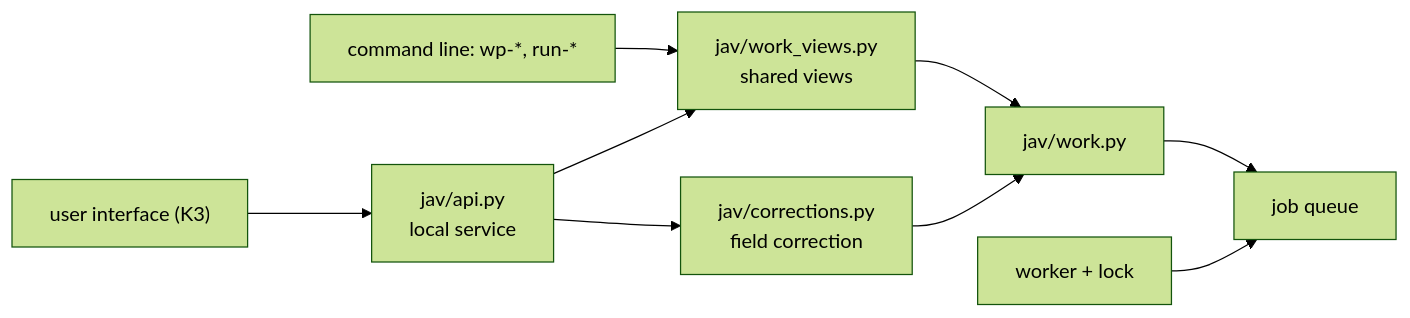
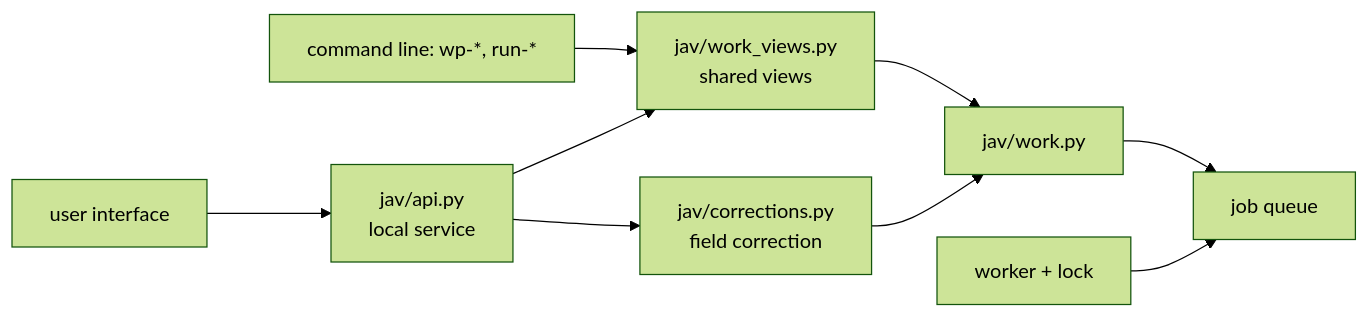
One commit to kassaiattila/58_JEV_AI changed the second of 4 diagrams in docs/ARCHITECTURE.md. Above: the diagram before and after it, drawn with Mermaid (forest theme). The commit also changed other lines of this file and 18 other files, not shown here.

````diff
--- a/docs/ARCHITECTURE.md
+++ b/docs/ARCHITECTURE.md
@@ -214,11 +202,11 @@
 ```mermaid
 flowchart LR
-  UI["user interface (K3)"] --> API[jav/api.py<br/>local service]
+  UI["user interface"] --> API[jav/api.py<br/>local service]
   CLI[command line: wp-*, run-*] --> VIEWS
   API --> VIEWS[jav/work_views.py<br/>shared views]
   API --> CORR[jav/corrections.py<br/>field correction]
   VIEWS --> WORK[jav/work.py]
   CORR --> WORK
   WORK --> Q[job queue]
   W[worker + lock] --> Q
 ```
````
